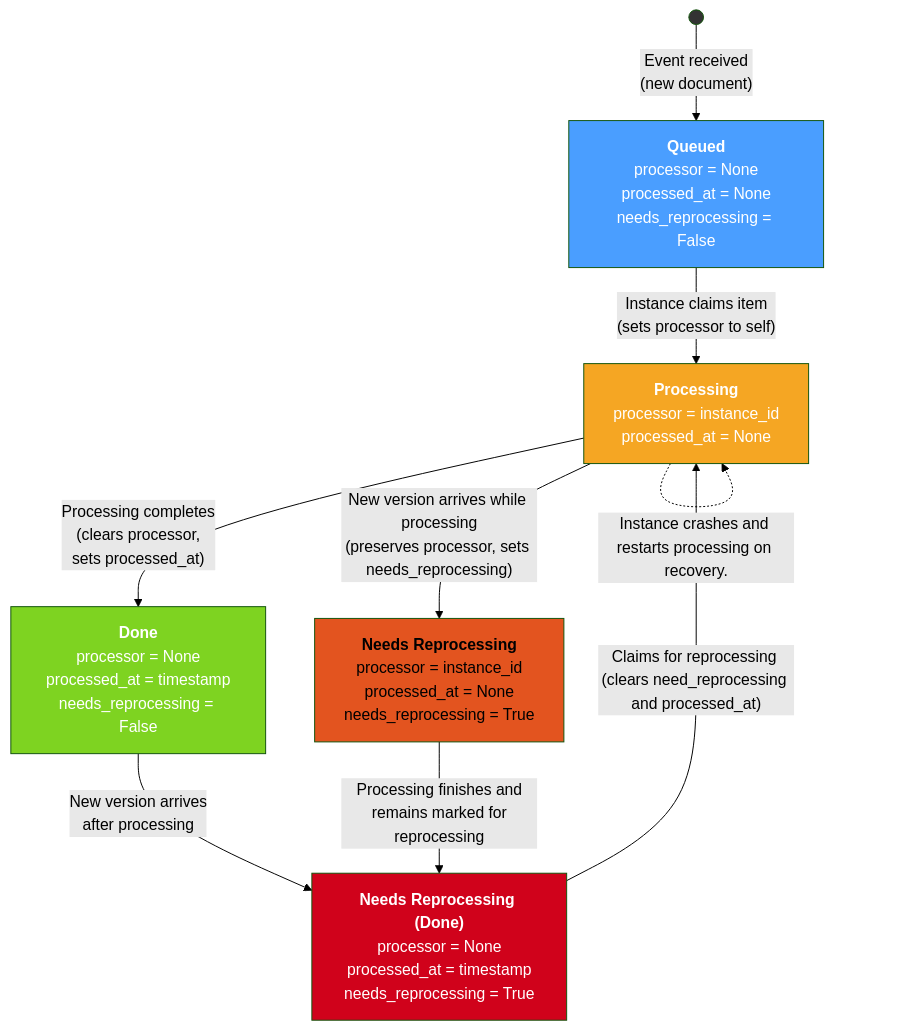
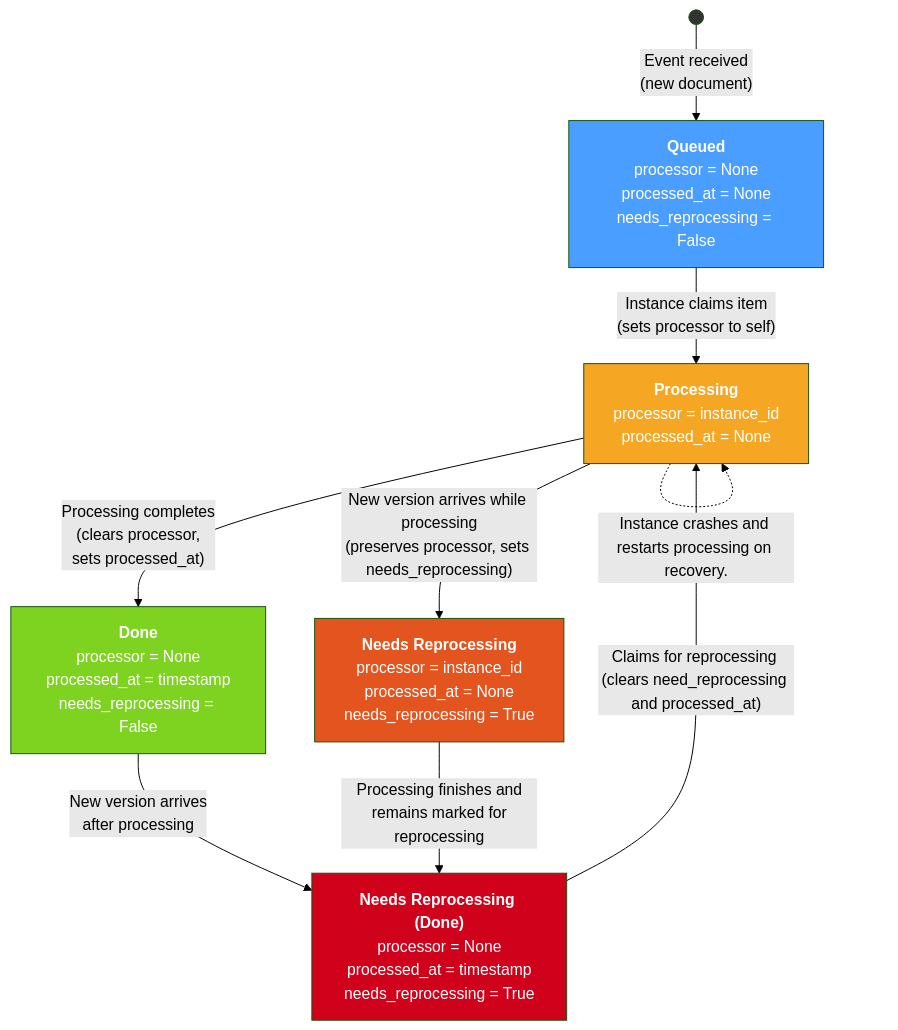
The first of 2 diagrams in docs/epics/epic-0083-question-mark-chrysalis.md (ghga-de/ghga), drawn with Mermaid (forest theme) before and after one commit. The commit also changed other lines of this file and 116 other files, not shown here.

````diff
--- a/docs/epics/epic-0083-question-mark-chrysalis.md
+++ b/docs/epics/epic-0083-question-mark-chrysalis.md
@@ -333,25 +335,25 @@
 ```mermaid
 flowchart TD
     START(( )) -->|"Event received<br>(new document)"| Q
 
     Q["<b>Queued</b><br>processor = None<br>processed_at = None<br>needs_reprocessing = False"]
     P["<b>Processing</b><br>processor = instance_id<br>processed_at = None"]
     D["<b>Done</b><br>processor = None<br>processed_at = timestamp<br>needs_reprocessing = False"]
     NR["<b>Needs Reprocessing (Done)</b><br>processor = None<br>processed_at = timestamp<br>needs_reprocessing = True"]
     NRI["<b>Needs Reprocessing</b><br>processor = instance_id<br>processed_at = None<br>needs_reprocessing = True"]
 
     Q -->|"Instance claims item<br>(sets processor to self)"| P
     P -->|"Processing completes<br>(clears processor,<br> sets processed_at)"| D
     P -->|"New version arrives while processing<br>(preserves processor, sets needs_reprocessing)"| NRI
     D -->|"New version arrives<br>after processing"| NR
     NRI -->|"Processing finishes and<br> remains marked for reprocessing"| NR
     NR -->|"Claims for reprocessing (clears need_reprocessing and processed_at)"| P
     P -.-> |"Instance crashes and restarts processing on recovery."| P
 
     style Q fill:#4a9eff,color:#fff
     style P fill:#f5a623,color:#fff
     style D fill:#7ed321,color:#fff
-    style NRI fill:#e3541f,color#fff
+    style NRI fill:#e3541f,color:#fff
     style NR fill:#d0021b,color:#fff
     style START fill:#333,color:#333
 ```
````
